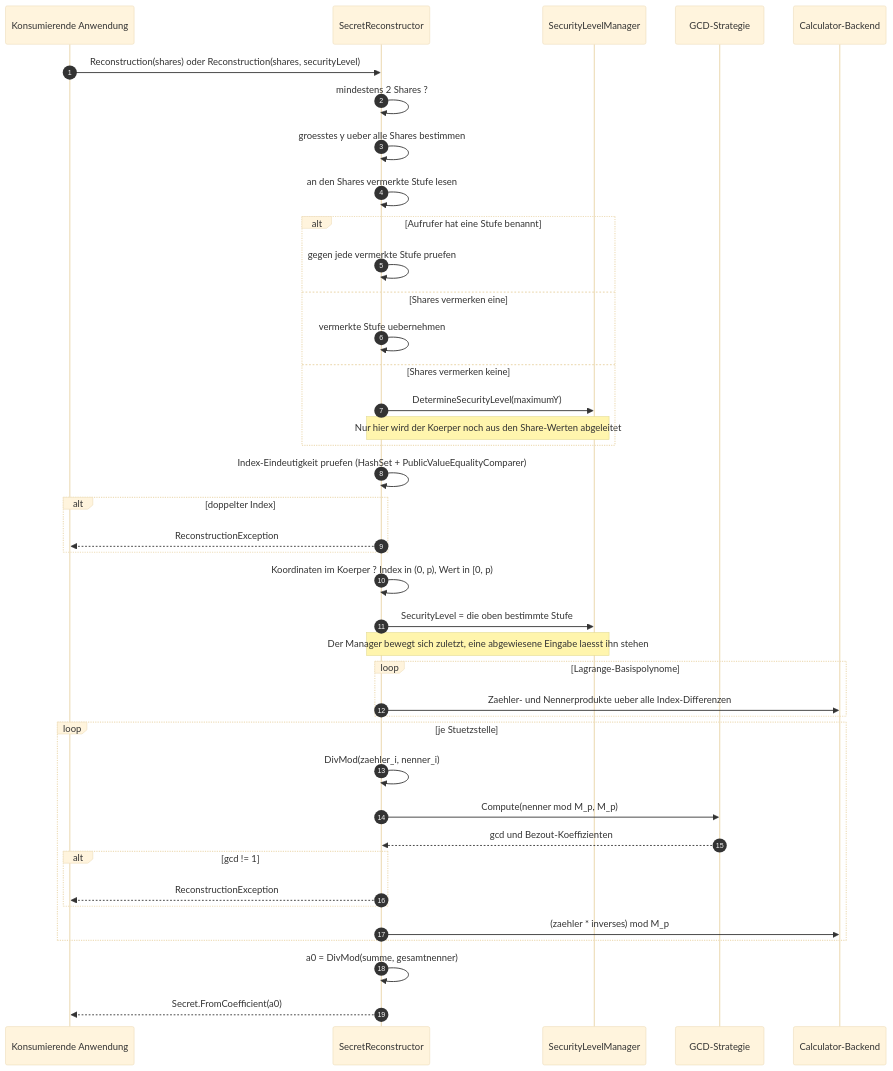
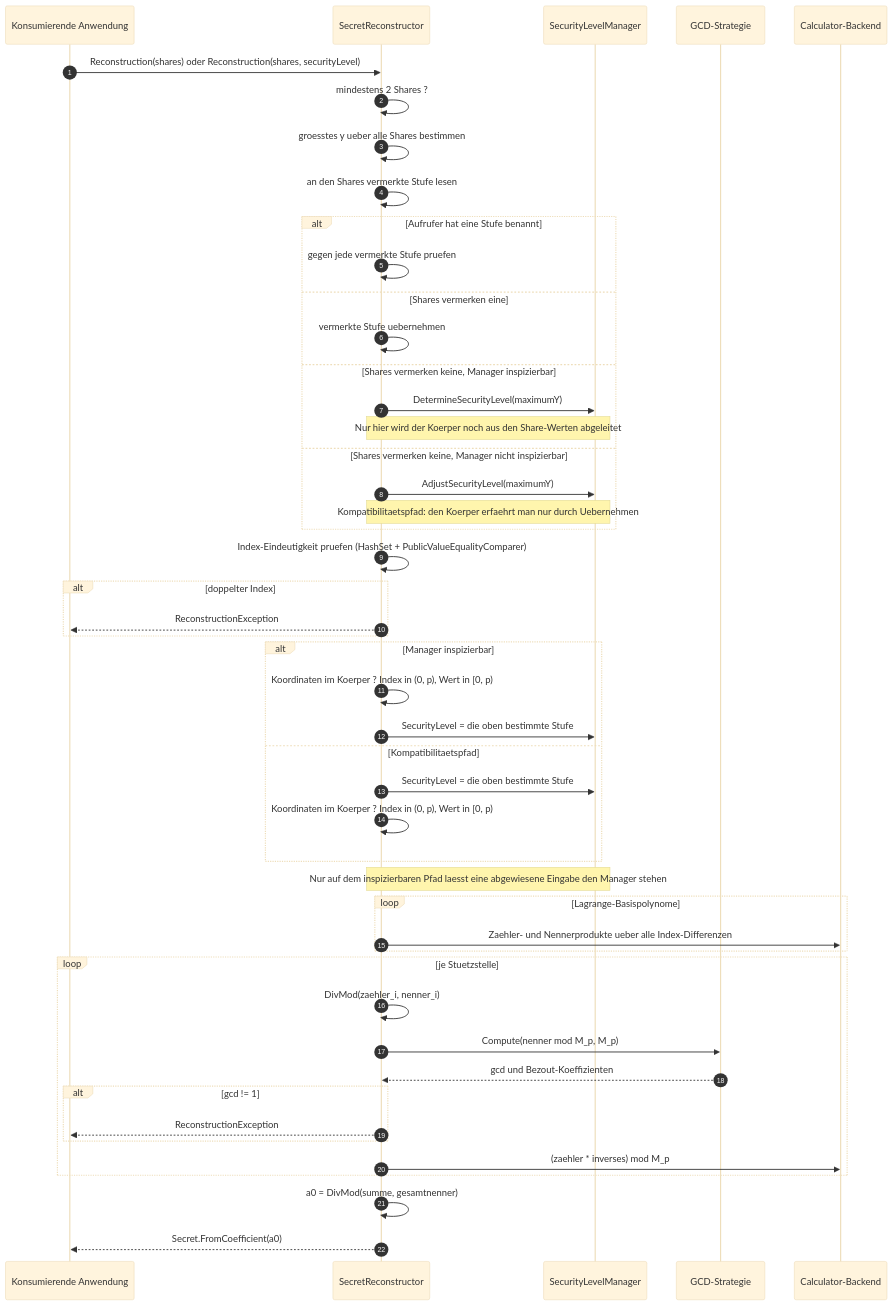
Before and after one commit to shinji-san/SecretSharingDotNet: the seventh of 10 diagrams in docs/architecture/arc42.de.md, drawn with Mermaid (base theme). The commit also changed other lines of this file and 9 other files, not shown here.

````diff
--- a/docs/architecture/arc42.de.md
+++ b/docs/architecture/arc42.de.md
@@ -658,43 +677,51 @@
 ```mermaid
 sequenceDiagram
     autonumber
     participant App as Konsumierende Anwendung
     participant Rec as SecretReconstructor
     participant SLM as SecurityLevelManager
     participant GCD as GCD-Strategie
     participant Calc as Calculator-Backend
 
     App->>Rec: Reconstruction(shares) oder Reconstruction(shares, securityLevel)
     Rec->>Rec: mindestens 2 Shares ?
     Rec->>Rec: groesstes y ueber alle Shares bestimmen
     Rec->>Rec: an den Shares vermerkte Stufe lesen
     alt Aufrufer hat eine Stufe benannt
         Rec->>Rec: gegen jede vermerkte Stufe pruefen
     else Shares vermerken eine
         Rec->>Rec: vermerkte Stufe uebernehmen
-    else Shares vermerken keine
+    else Shares vermerken keine, Manager inspizierbar
         Rec->>SLM: DetermineSecurityLevel(maximumY)
         Note over Rec,SLM: Nur hier wird der Koerper noch aus den Share-Werten abgeleitet
+    else Shares vermerken keine, Manager nicht inspizierbar
+        Rec->>SLM: AdjustSecurityLevel(maximumY)
+        Note over Rec,SLM: Kompatibilitaetspfad: den Koerper erfaehrt man nur durch Uebernehmen
     end
     Rec->>Rec: Index-Eindeutigkeit pruefen (HashSet + PublicValueEqualityComparer)
     alt doppelter Index
         Rec-->>App: ReconstructionException
     end
-    Rec->>Rec: Koordinaten im Koerper ? Index in (0, p), Wert in [0, p)
-    Rec->>SLM: SecurityLevel = die oben bestimmte Stufe
-    Note over Rec,SLM: Der Manager bewegt sich zuletzt, eine abgewiesene Eingabe laesst ihn stehen
+    alt Manager inspizierbar
+        Rec->>Rec: Koordinaten im Koerper ? Index in (0, p), Wert in [0, p)
+        Rec->>SLM: SecurityLevel = die oben bestimmte Stufe
+    else Kompatibilitaetspfad
+        Rec->>SLM: SecurityLevel = die oben bestimmte Stufe
+        Rec->>Rec: Koordinaten im Koerper ? Index in (0, p), Wert in [0, p)
+    end
+    Note over Rec,SLM: Nur auf dem inspizierbaren Pfad laesst eine abgewiesene Eingabe den Manager stehen
     loop Lagrange-Basispolynome
         Rec->>Calc: Zaehler- und Nennerprodukte ueber alle Index-Differenzen
     end
     loop je Stuetzstelle
         Rec->>Rec: DivMod(zaehler_i, nenner_i)
         Rec->>GCD: Compute(nenner mod M_p, M_p)
         GCD-->>Rec: gcd und Bezout-Koeffizienten
         alt gcd != 1
             Rec-->>App: ReconstructionException
         end
         Rec->>Calc: (zaehler * inverses) mod M_p
     end
     Rec->>Rec: a0 = DivMod(summe, gesamtnenner)
     Rec-->>App: Secret.FromCoefficient(a0)
 ```
````
